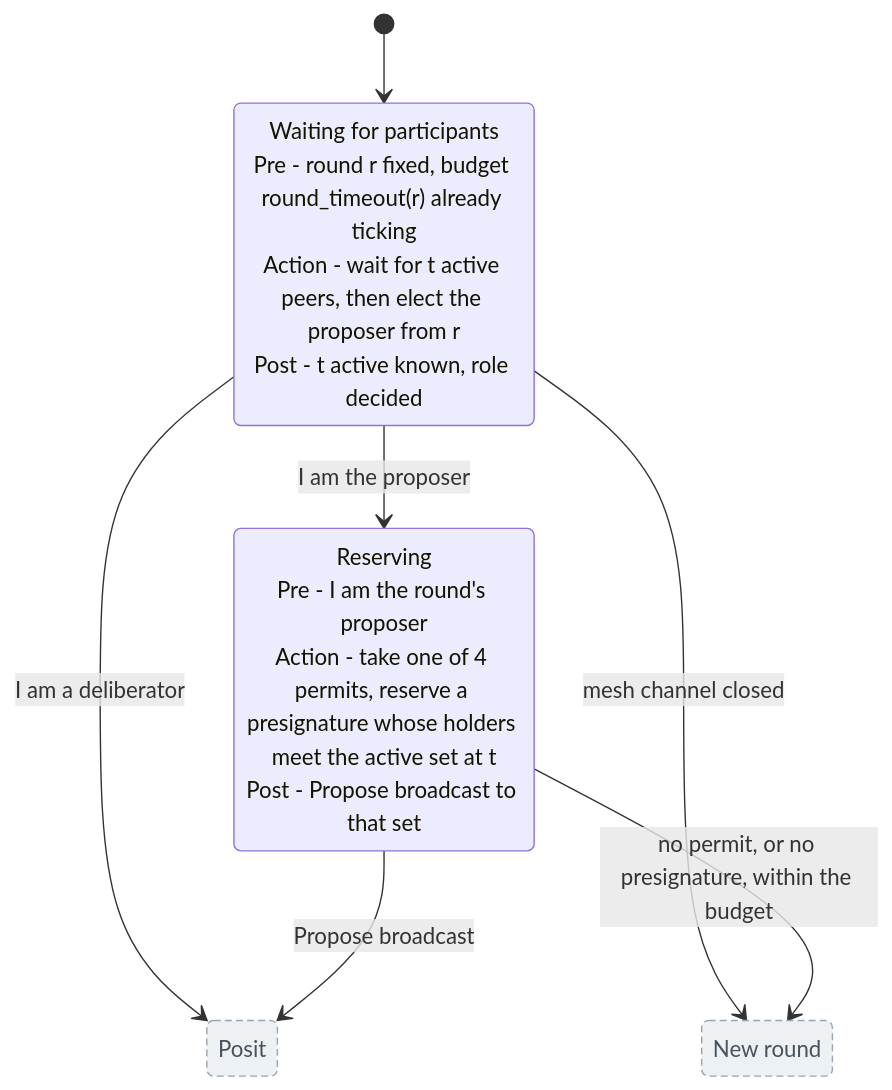
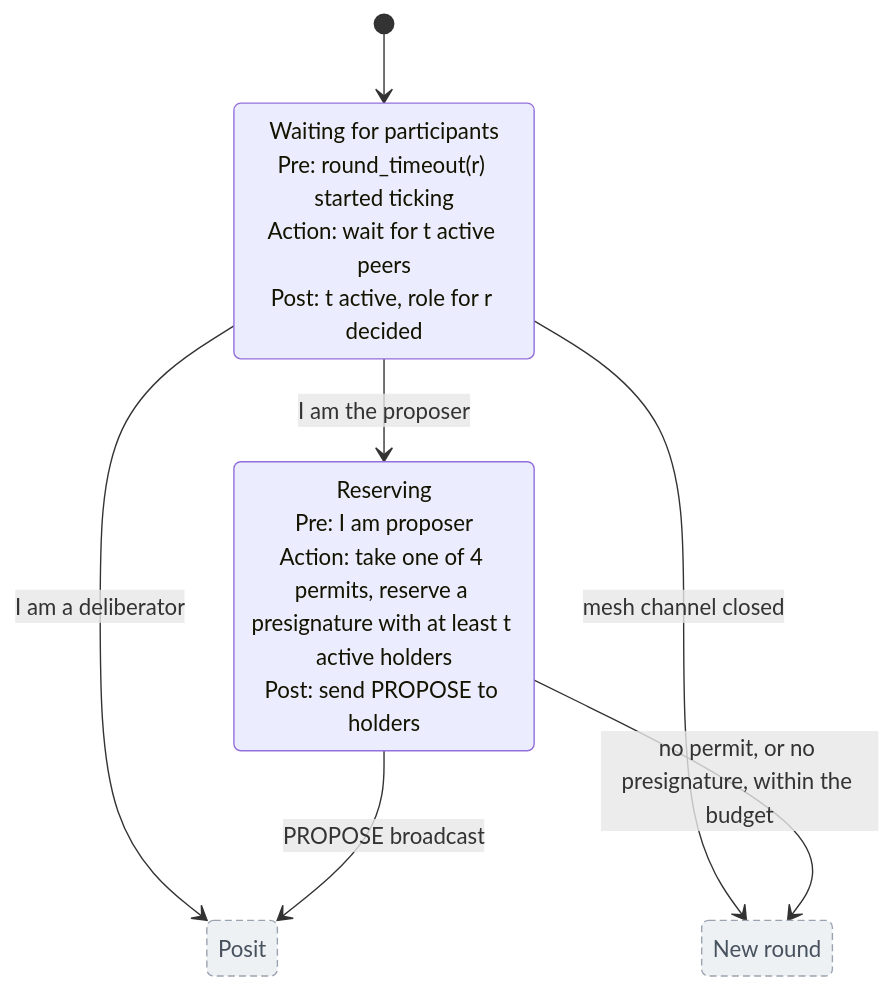
One commit to sig-net/mpc changed the second of 5 diagrams in doc/posit_state_machine.md. Above: the diagram before and after it, drawn with Mermaid. The commit also changed other lines of this file, not shown here.

Commit message:
docs: unify posit state labels and note message recipients

````diff
--- a/doc/posit_state_machine.md
+++ b/doc/posit_state_machine.md
@@ -36,18 +36,18 @@
 ```mermaid
 stateDiagram-v2
-    state "Waiting for participants<br/>Pre - round r fixed, budget round_timeout(r) already ticking<br/>Action - wait for t active peers, then elect the proposer from r<br/>Post - t active known, role decided" as WaitingForParticipants
-    state "Reserving<br/>Pre - I am the round's proposer<br/>Action - take one of 4 permits, reserve a presignature whose holders meet the active set at t<br/>Post - Propose broadcast to that set" as Reserving
+    state "Waiting for participants<br/>Pre: round_timeout(r) started ticking<br/>Action: wait for t active peers<br/>Post: t active, role for r decided" as WaitingForParticipants
+    state "Reserving<br/>Pre: I am proposer<br/>Action: take one of 4 permits, reserve a presignature with at least t active holders<br/>Post: send PROPOSE to holders" as Reserving
     state "Posit" as PositOut
     state "New round" as AbortOut
 
     [*] --> WaitingForParticipants
     WaitingForParticipants --> Reserving: I am the proposer
     WaitingForParticipants --> PositOut: I am a deliberator
-    Reserving --> PositOut: Propose broadcast
+    Reserving --> PositOut: PROPOSE broadcast
 
     WaitingForParticipants --> AbortOut: mesh channel closed
     Reserving --> AbortOut: no permit, or no presignature, within the budget
 
     classDef outside fill:#eef1f4,stroke:#9aa4b0,color:#48525e,stroke-dasharray:5 3
     class PositOut,AbortOut outside
 ```
````
